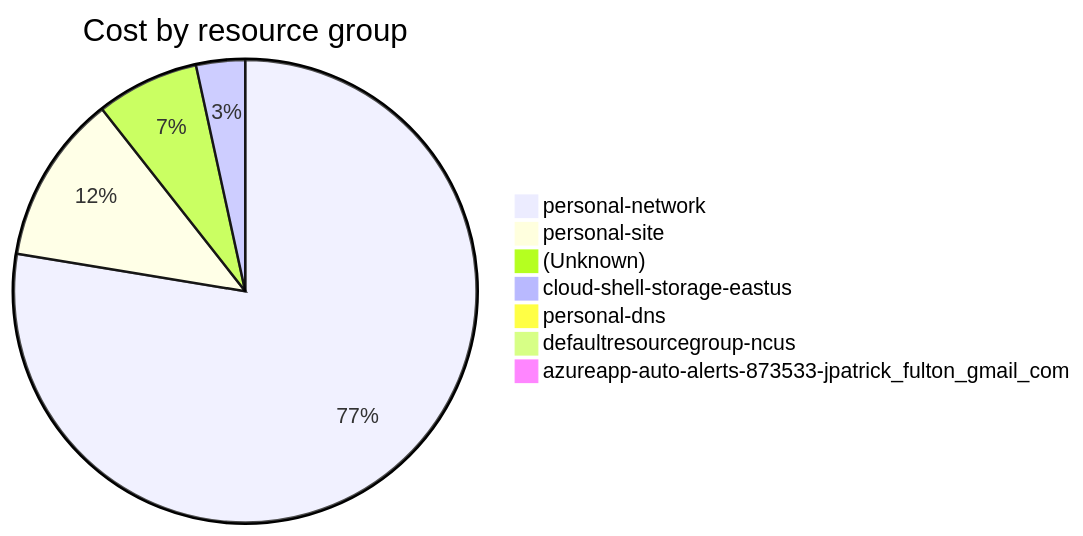
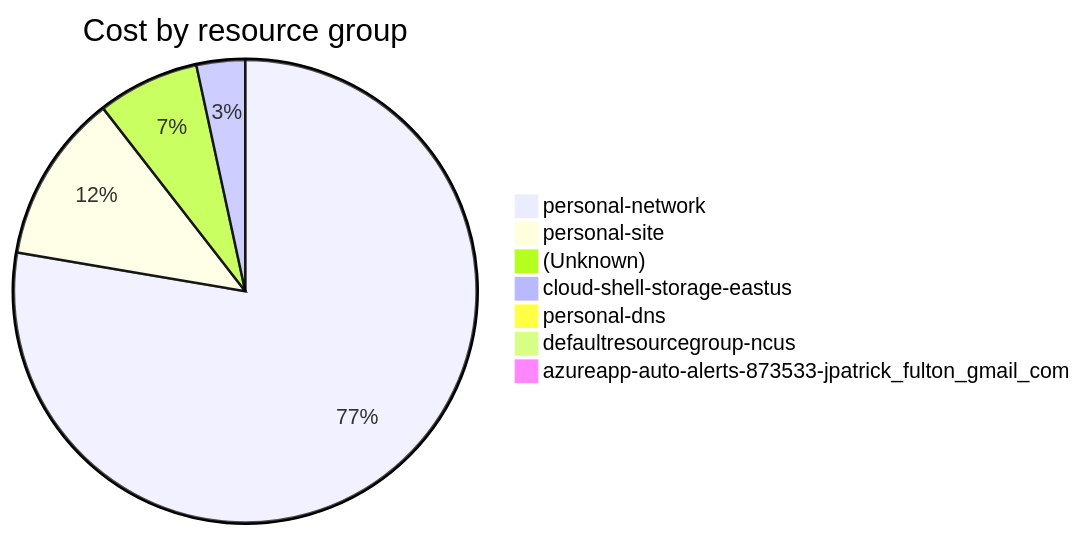
One commit to jpfulton/azure-personal-reports changed the fourth of 4 diagrams in cost-reports/accumulated-cost.md. Above: the diagram before and after it, drawn with Mermaid. The commit also changed other lines of this file and 34 other files, not shown here.

````diff
--- a/cost-reports/accumulated-cost.md
+++ b/cost-reports/accumulated-cost.md
@@ -159,11 +159,11 @@
 ```mermaid
 pie
    title Cost by resource group
-   "personal-network" : 125.41
-   "personal-site" : 19.08
-   "(Unknown)" : 11.61
-   "cloud-shell-storage-eastus" : 5.53
-   "personal-dns" : 0.46
+   "personal-network" : 126.79
+   "personal-site" : 19.28
+   "(Unknown)" : 11.62
+   "cloud-shell-storage-eastus" : 5.54
+   "personal-dns" : 0.47
    "defaultresourcegroup-ncus" : 0.00
    "azureapp-auto-alerts-873533-jpatrick_fulton_gmail_com" : 0.00
 ```
````
